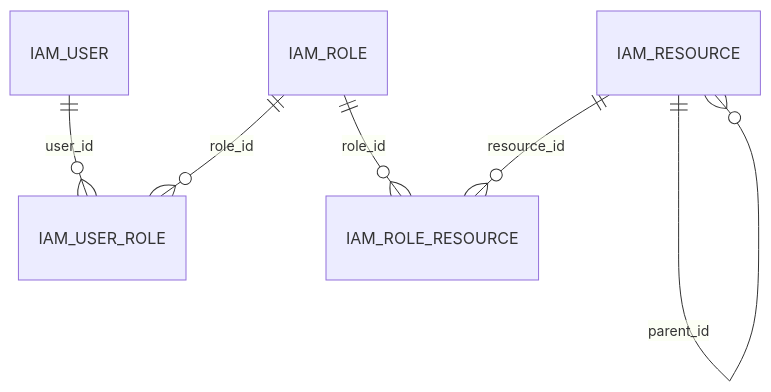
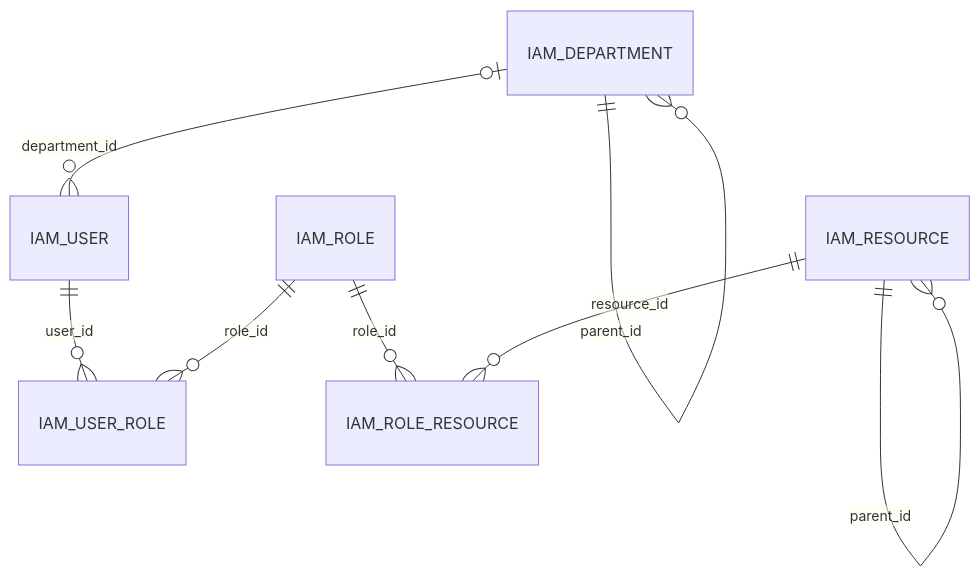
Before and after one commit to tigerlan98/keel: the diagram in docs/design/03-数据库设计.md, drawn with Mermaid. The commit also changed other lines of this file and 90 other files, not shown here.

````diff
--- a/docs/design/03-数据库设计.md
+++ b/docs/design/03-数据库设计.md
@@ -22,8 +24,10 @@
 ```mermaid
 erDiagram
+    IAM_DEPARTMENT ||--o{ IAM_DEPARTMENT : "parent_id"
+    IAM_DEPARTMENT o|--o{ IAM_USER : "department_id"
     IAM_USER ||--o{ IAM_USER_ROLE : "user_id"
     IAM_ROLE ||--o{ IAM_USER_ROLE : "role_id"
     IAM_ROLE ||--o{ IAM_ROLE_RESOURCE : "role_id"
     IAM_RESOURCE ||--o{ IAM_ROLE_RESOURCE : "resource_id"
     IAM_RESOURCE ||--o{ IAM_RESOURCE : "parent_id"
 ```
````
